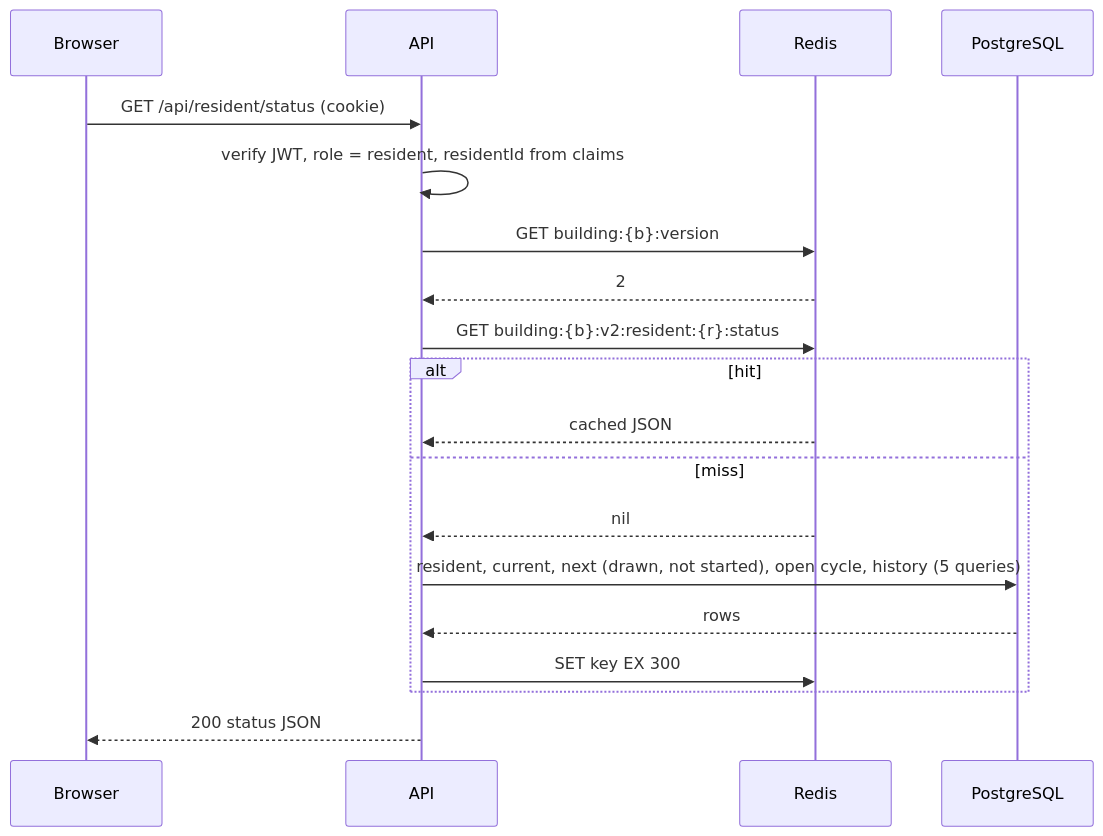
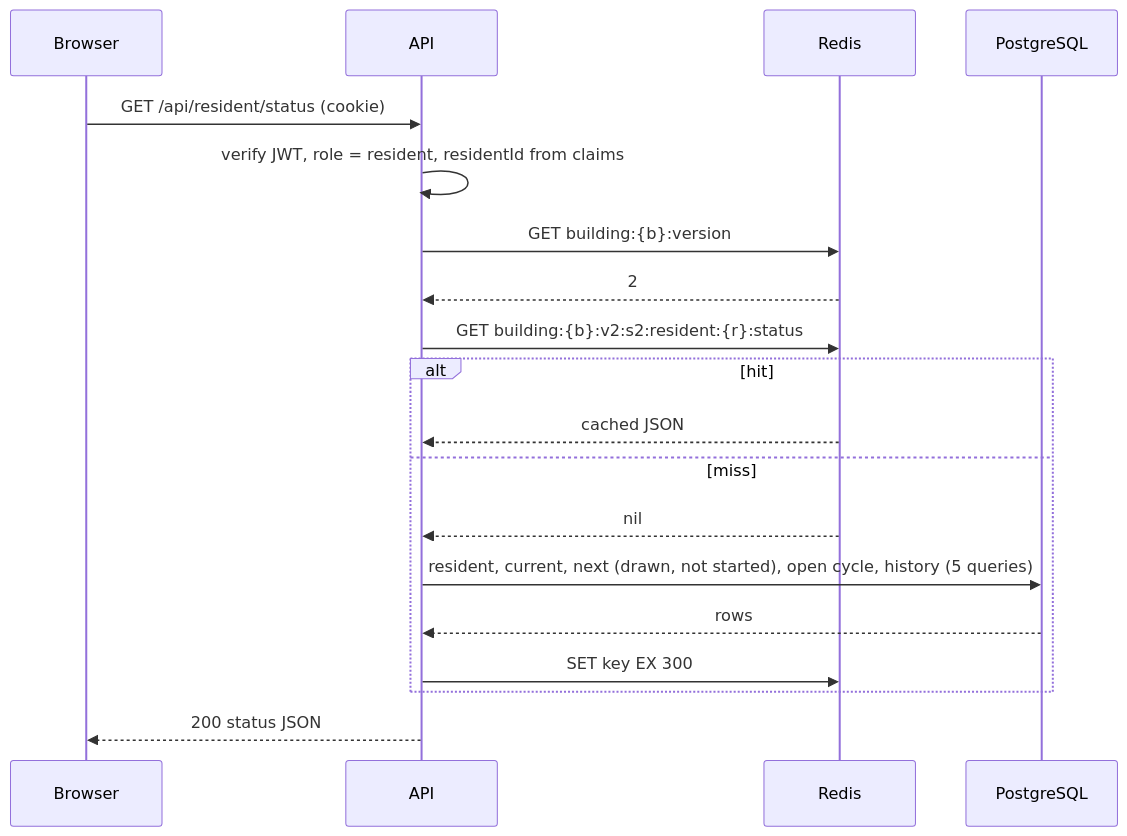
The second of 4 diagrams in docs/01-architecture.md (marcoamtz/residential-parking-system), drawn with Mermaid before and after one commit. The commit also changed other lines of this file and 7 other files, not shown here.

````diff
--- a/docs/01-architecture.md
+++ b/docs/01-architecture.md
@@ -56,22 +56,22 @@
 ```mermaid
 sequenceDiagram
   participant B as Browser
   participant A as API
   participant R as Redis
   participant P as PostgreSQL
 
   B->>A: GET /api/resident/status (cookie)
   A->>A: verify JWT, role = resident, residentId from claims
   A->>R: GET building:{b}:version
   R-->>A: 2
-  A->>R: GET building:{b}:v2:resident:{r}:status
+  A->>R: GET building:{b}:v2:s2:resident:{r}:status
   alt hit
     R-->>A: cached JSON
   else miss
     R-->>A: nil
     A->>P: resident, current, next (drawn, not started), open cycle, history (5 queries)
     P-->>A: rows
     A->>R: SET key EX 300
   end
   A-->>B: 200 status JSON
 ```
````
